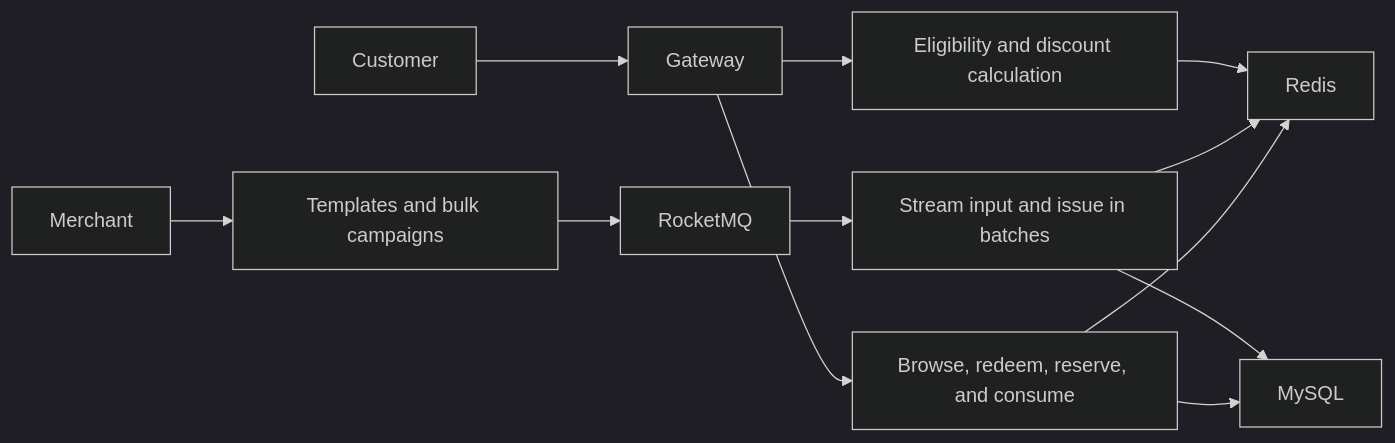
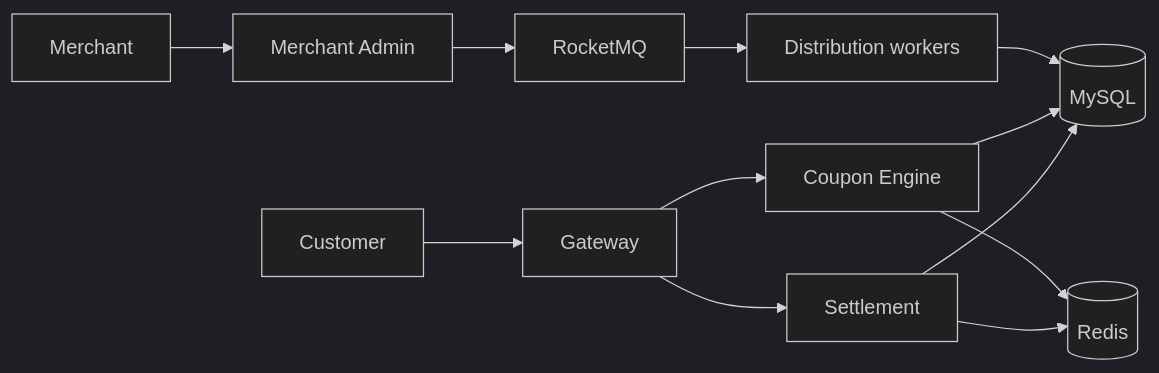
Before and after one commit to aimee-RH/distributed-coupon-system: the diagram in README.md, drawn with Mermaid (dark theme). The commit also changed other lines of this file and 16 other files, not shown here.

````diff
--- a/README.md
+++ b/README.md
@@ -11,14 +35,14 @@
-```mermaid
+~~~mermaid
 flowchart LR
-  Merchant --> Admin[Templates and bulk campaigns]
+  Merchant --> Admin[Merchant Admin]
   Admin --> MQ[RocketMQ]
-  MQ --> Distribution[Stream input and issue in batches]
-  Customer --> Gateway
-  Gateway --> Engine[Browse, redeem, reserve, and consume]
-  Gateway --> Checkout[Eligibility and discount calculation]
-  Engine --> Redis
-  Distribution --> Redis
+  MQ --> Distribution[Distribution workers]
+  Customer --> Gateway[Gateway]
+  Gateway --> Engine[Coupon Engine]
+  Gateway --> Settlement[Settlement]
+  Engine --> Redis[(Redis)]
+  Distribution --> MySQL[(MySQL)]
   Engine --> MySQL
-  Distribution --> MySQL
-  Checkout --> Redis
-```
+  Settlement --> Redis
+  Settlement --> MySQL
+~~~
````
